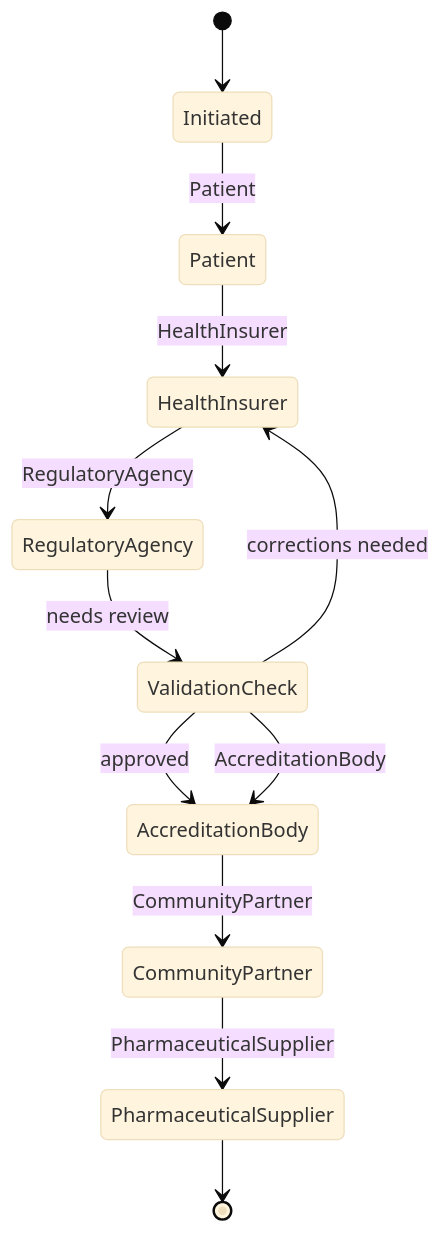
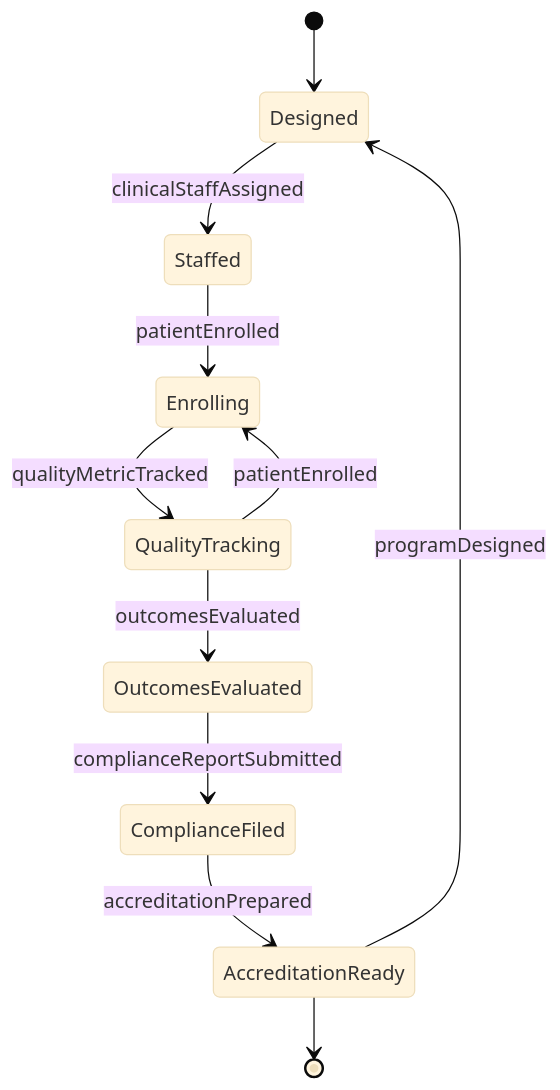
Before and after one commit to dot-org-ai/tasks.org.ai: the second of 4 diagrams in GuidingDirectingAndMotivatingSubordinates/DirectOrganizationalOperationsActivitiesOrProcedures/DirectHealthcareDeliveryPrograms.mdx, drawn with Mermaid (base theme). The commit also changed other lines of this file and 515 other files, not shown here.

````diff
--- a/GuidingDirectingAndMotivatingSubordinates/DirectOrganizationalOperationsActivitiesOrProcedures/DirectHealthcareDeliveryPrograms.mdx
+++ b/GuidingDirectingAndMotivatingSubordinates/DirectOrganizationalOperationsActivitiesOrProcedures/DirectHealthcareDeliveryPrograms.mdx
@@ -106,14 +105,13 @@
 ```mermaid
 stateDiagram-v2
-    [*] --> Initiated
-    Initiated --> Patient: Patient
-    Patient --> HealthInsurer: HealthInsurer
-    HealthInsurer --> RegulatoryAgency: RegulatoryAgency
-    RegulatoryAgency --> ValidationCheck: needs review
-    ValidationCheck --> HealthInsurer: corrections needed
-    ValidationCheck --> AccreditationBody: approved
-    ValidationCheck --> AccreditationBody: AccreditationBody
-    AccreditationBody --> CommunityPartner: CommunityPartner
-    CommunityPartner --> PharmaceuticalSupplier: PharmaceuticalSupplier
-    PharmaceuticalSupplier --> [*]
+    [*] --> Designed
+    Designed --> Staffed : clinicalStaffAssigned
+    Staffed --> Enrolling : patientEnrolled
+    Enrolling --> QualityTracking : qualityMetricTracked
+    QualityTracking --> OutcomesEvaluated : outcomesEvaluated
+    QualityTracking --> Enrolling : patientEnrolled
+    OutcomesEvaluated --> ComplianceFiled : complianceReportSubmitted
+    ComplianceFiled --> AccreditationReady : accreditationPrepared
+    AccreditationReady --> Designed : programDesigned
+    AccreditationReady --> [*]
 ```
````
